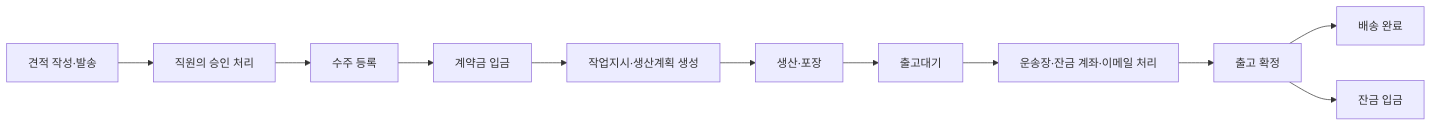
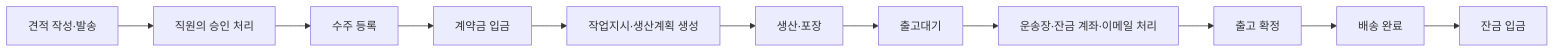
The diagram in docs/README.md (likelion-backend-25th/PRODFLOW), drawn with Mermaid before and after one commit.

Commit message:
Fix flow diagram transition from J to K

````diff
--- a/docs/README.md
+++ b/docs/README.md
@@ -21,13 +21,13 @@
 ```mermaid
 flowchart LR
     A[견적 작성·발송] --> B[직원의 승인 처리]
     B --> C[수주 등록]
     C --> D[계약금 입금]
     D --> E[작업지시·생산계획 생성]
     E --> F[생산·포장]
     F --> G[출고대기]
     G --> H[운송장·잔금 계좌·이메일 처리]
     H --> I[출고 확정]
     I --> J[배송 완료]
-    I --> K[잔금 입금]
+    J --> K[잔금 입금]
 ```
````
